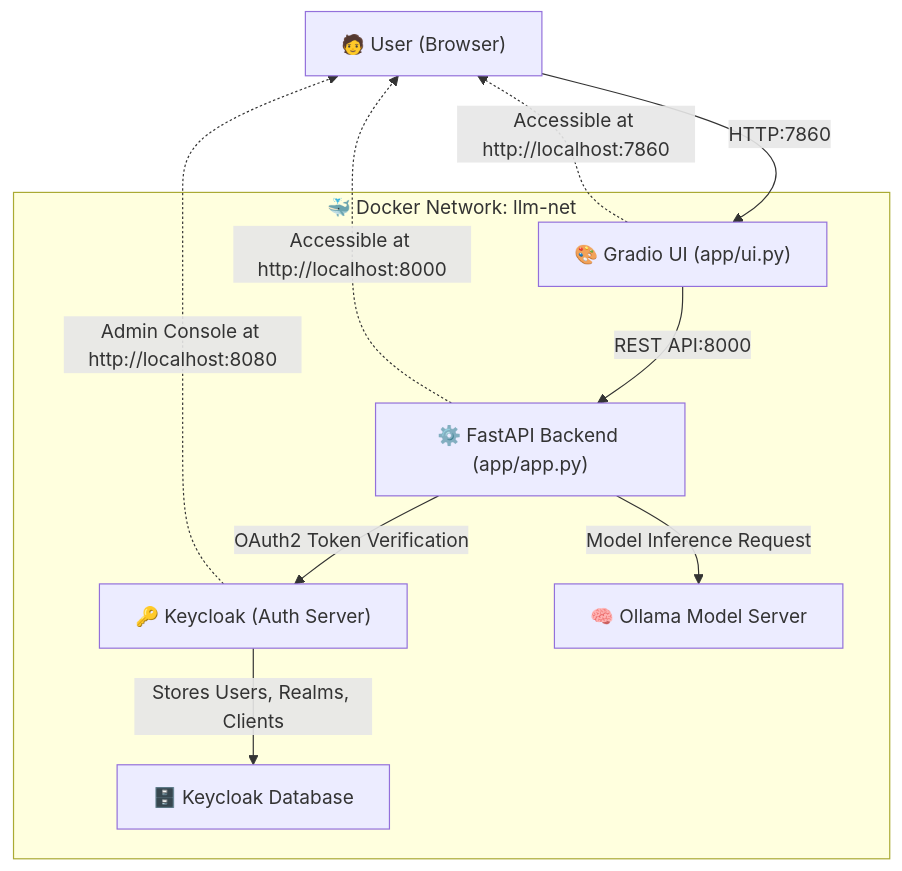
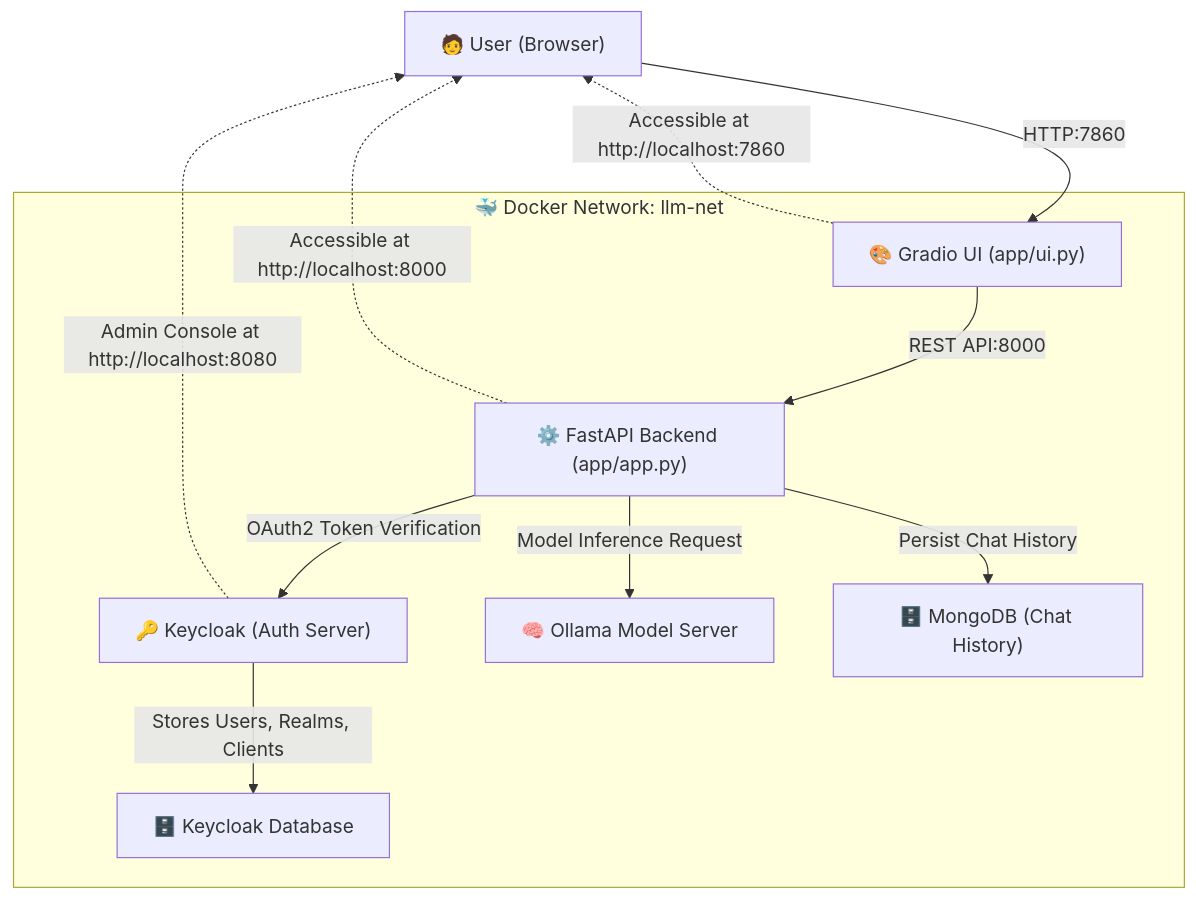
The diagram in drawing/diagram.mmd (panharithan/fastapi-keycloak-for-llm), drawn with Mermaid before and after one commit. The commit also changed 8 other files, not shown here.

```diff
--- a/drawing/diagram.mmd
+++ b/drawing/diagram.mmd
@@ -1,28 +1,30 @@
 flowchart TD
 
     %% === USERS ===
     User["🧑 User (Browser)"] -->|HTTP:7860| UI["🎨 Gradio UI (app/ui.py)"]
 
     %% === FRONTEND TO BACKEND ===
     UI -->|REST API:8000| API["⚙️ FastAPI Backend (app/app.py)"]
 
     %% === AUTH & MODEL INTERACTIONS ===
     API -->|OAuth2 Token Verification| KC["🔑 Keycloak (Auth Server)"]
     API -->|Model Inference Request| Ollama["🧠 Ollama Model Server"]
+    API -->|Persist Chat History| Mongo["🗄️ MongoDB (Chat History)"]
 
     %% === KEYCLOAK DB ===
     KC -->|Stores Users, Realms, Clients| Realm["🗄️ Keycloak Database"]
 
     %% === NETWORK GROUP ===
     subgraph Docker_Network["🐳 Docker Network: llm-net"]
         UI
         API
         KC
         Ollama
         Realm
+        Mongo
     end
 
     %% === PORTS & EXTERNAL ACCESS ===
     UI -.->|"Accessible at http://localhost:7860"| User
     API -.->|"Accessible at http://localhost:8000"| User
     KC -.->|"Admin Console at http://localhost:8080"| User
```
